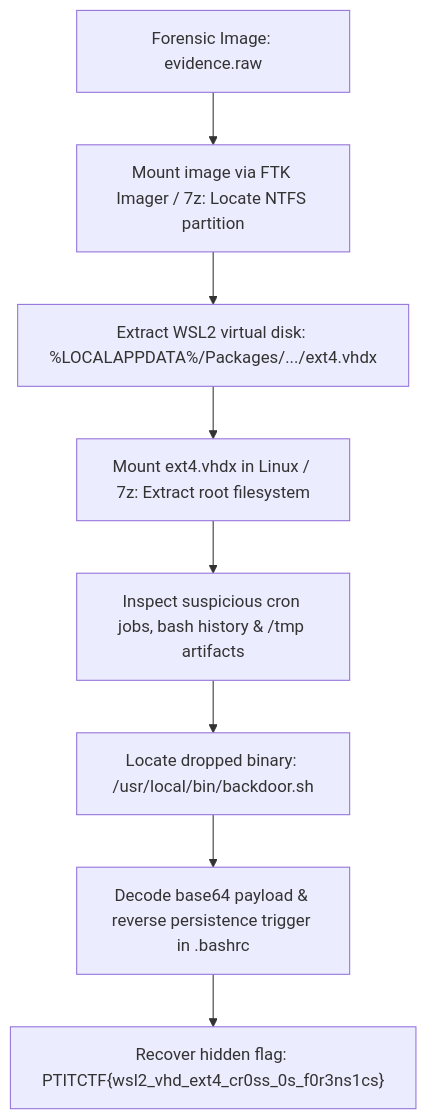
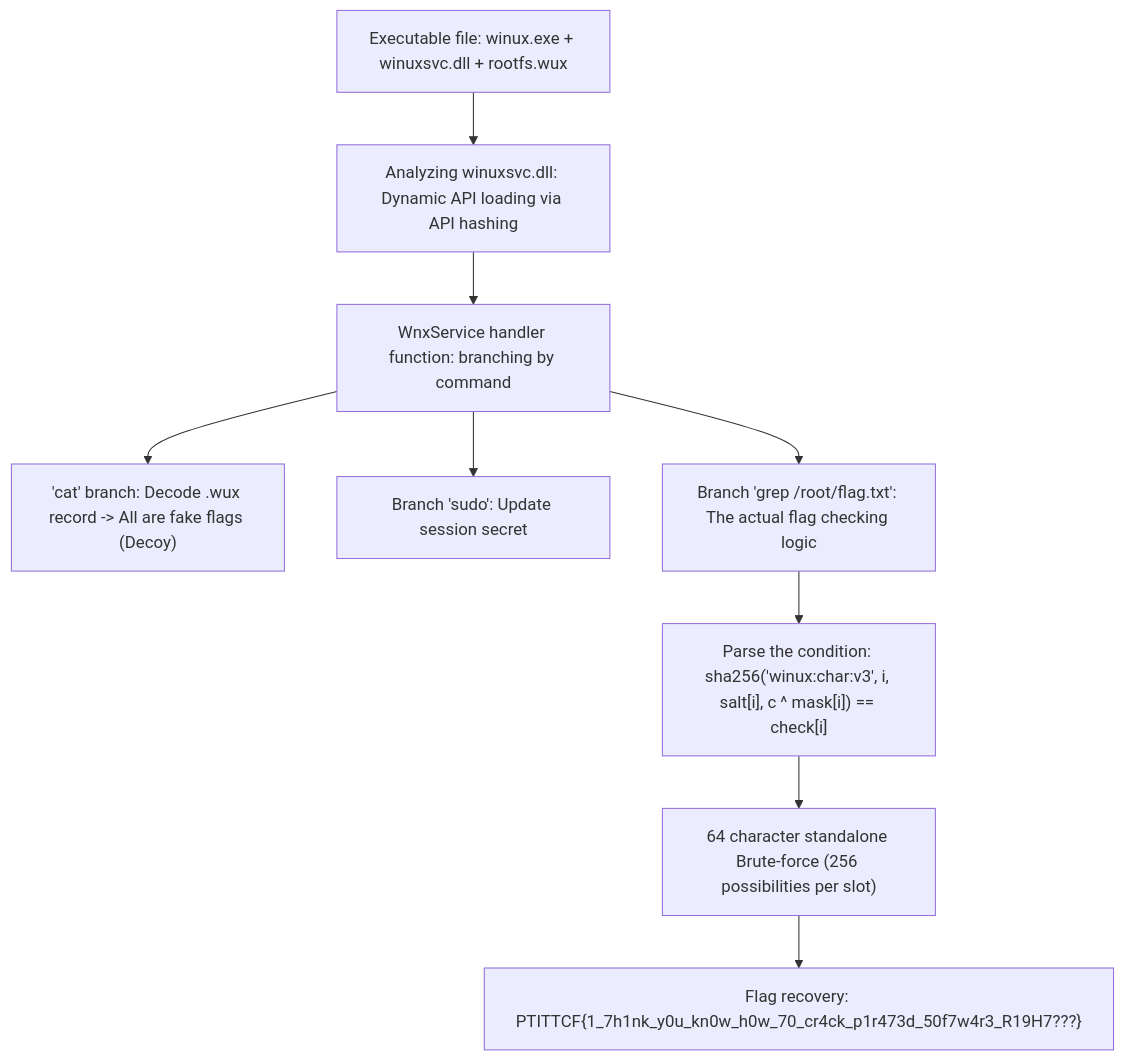
The second of 2 diagrams in _posts/2026-08-22-winux.md (Lizamort1/ctf-writeups), drawn with Mermaid before and after one commit. The commit also changed other lines of this file and 42 other files, not shown here.

Commit message:
fix: synchronize bilingual writeups and redraw diagrams

````diff
--- a/_posts/2026-08-22-winux.md
+++ b/_posts/2026-08-22-winux.md
@@ -121,10 +122,11 @@
 ```mermaid
 flowchart TD
-    A["Forensic Image: evidence.raw"] --> B["Mount image via FTK Imager / 7z: Locate NTFS partition"]
-    B --> C["Extract WSL2 virtual disk: %LOCALAPPDATA%/Packages/.../ext4.vhdx"]
-    C --> D["Mount ext4.vhdx in Linux / 7z: Extract root filesystem"]
-    D --> E["Inspect suspicious cron jobs, bash history & /tmp artifacts"]
-    E --> F["Locate dropped binary: /usr/local/bin/backdoor.sh"]
-    F --> G["Decode base64 payload & reverse persistence trigger in .bashrc"]
-    G --> H["Recover hidden flag: PTITCTF{wsl2_vhd_ext4_cr0ss_0s_f0r3ns1cs}"]
+    A["Executable file: winux.exe + winuxsvc.dll + rootfs.wux"] --> B["Analyzing winuxsvc.dll: Dynamic API loading via API hashing"]
+    B --> C["WnxService handler function: branching by command"]
+    C --> D["'cat' branch: Decode .wux record -> All are fake flags (Decoy)"]
+    C --> E["Branch 'sudo': Update session secret"]
+    C --> F["Branch 'grep /root/flag.txt': The actual flag checking logic"]
+    F --> G["Parse the condition: sha256('winux:char:v3', i, salt[i], c ^ mask[i]) == check[i]"]
+    G --> H["64 character standalone Brute-force (256 possibilities per slot)"]
+    H --> I["Flag recovery: PTITTCF{1_7h1nk_y0u_kn0w_h0w_70_cr4ck_p1r473d_50f7w4r3_R19H7???}"]
 ```
````
